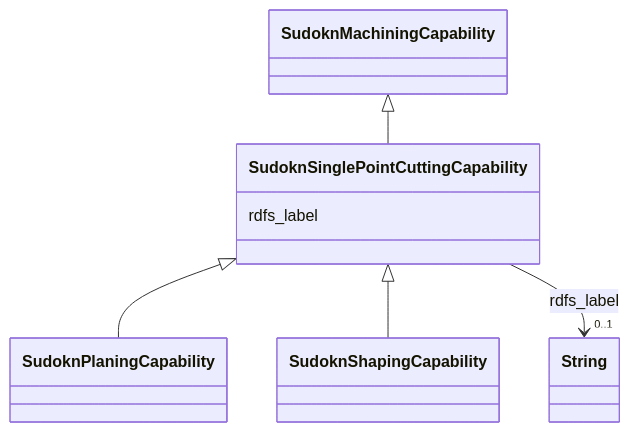
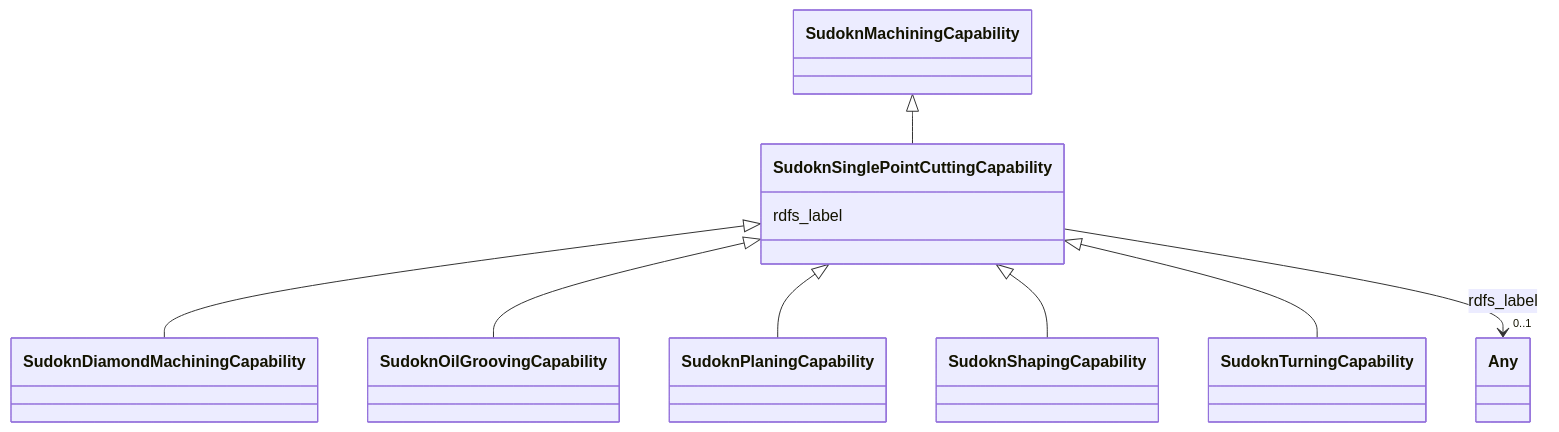
Before and after one commit to frink-okn/graph-descriptions: the diagram in sudokn-kg/classes/SudoknSinglePointCuttingCapability.md, drawn with Mermaid. The commit also changed other lines of this file and 903 other files, not shown here.

````diff
--- a/sudokn-kg/classes/SudoknSinglePointCuttingCapability.md
+++ b/sudokn-kg/classes/SudoknSinglePointCuttingCapability.md
@@ -23,25 +16,31 @@
 ```mermaid
  classDiagram
     class SudoknSinglePointCuttingCapability
     click SudoknSinglePointCuttingCapability href "../SudoknSinglePointCuttingCapability"
       SudoknMachiningCapability <|-- SudoknSinglePointCuttingCapability
         click SudoknMachiningCapability href "../SudoknMachiningCapability"
       
 
+      SudoknSinglePointCuttingCapability <|-- SudoknDiamondMachiningCapability
+        click SudoknDiamondMachiningCapability href "../SudoknDiamondMachiningCapability"
+      SudoknSinglePointCuttingCapability <|-- SudoknOilGroovingCapability
+        click SudoknOilGroovingCapability href "../SudoknOilGroovingCapability"
       SudoknSinglePointCuttingCapability <|-- SudoknPlaningCapability
         click SudoknPlaningCapability href "../SudoknPlaningCapability"
       SudoknSinglePointCuttingCapability <|-- SudoknShapingCapability
         click SudoknShapingCapability href "../SudoknShapingCapability"
+      SudoknSinglePointCuttingCapability <|-- SudoknTurningCapability
+        click SudoknTurningCapability href "../SudoknTurningCapability"
       
       
       SudoknSinglePointCuttingCapability : rdfs_label
         
           
     
     
-    SudoknSinglePointCuttingCapability --> "0..1" String : rdfs_label
-    click String href "../String"
+    SudoknSinglePointCuttingCapability --> "0..1" Any : rdfs_label
+    click Any href "../Any"
 
         
       
 ```
````
